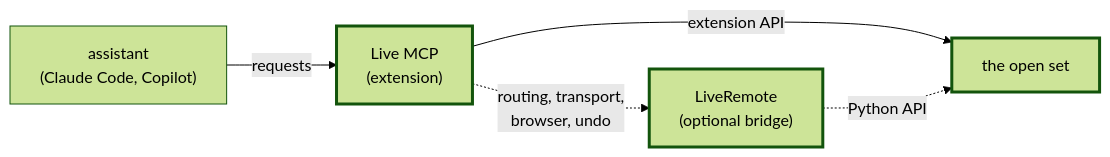
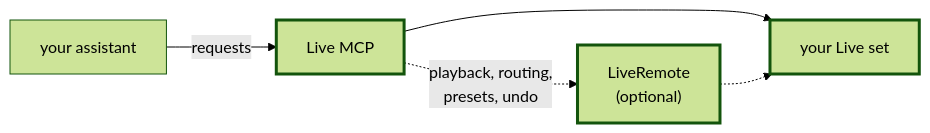
The diagram in README.md (norrby/live-mcp), drawn with Mermaid (forest theme) before and after one commit. The commit also changed other lines of this file, not shown here.

````diff
--- a/README.md
+++ b/README.md
@@ -25,9 +48,9 @@
 ```mermaid
 flowchart LR
-  a["assistant<br/>(Claude Code, Copilot)"] -- "requests" --> ext["Live MCP<br/>(extension)"]
-  ext -- "extension API" --> set["the open set"]
-  ext -. "routing, transport,<br/>browser, undo" .-> br["LiveRemote<br/>(optional bridge)"]
-  br -. "Python API" .-> set
+  a["your assistant"] -- "requests" --> ext["Live MCP"]
+  ext --> set["your Live set"]
+  ext -. "playback, routing,<br/>presets, undo" .-> br["LiveRemote<br/>(optional)"]
+  br -.-> set
   classDef live stroke-width:3px
   class ext,set,br live
 ```
````
